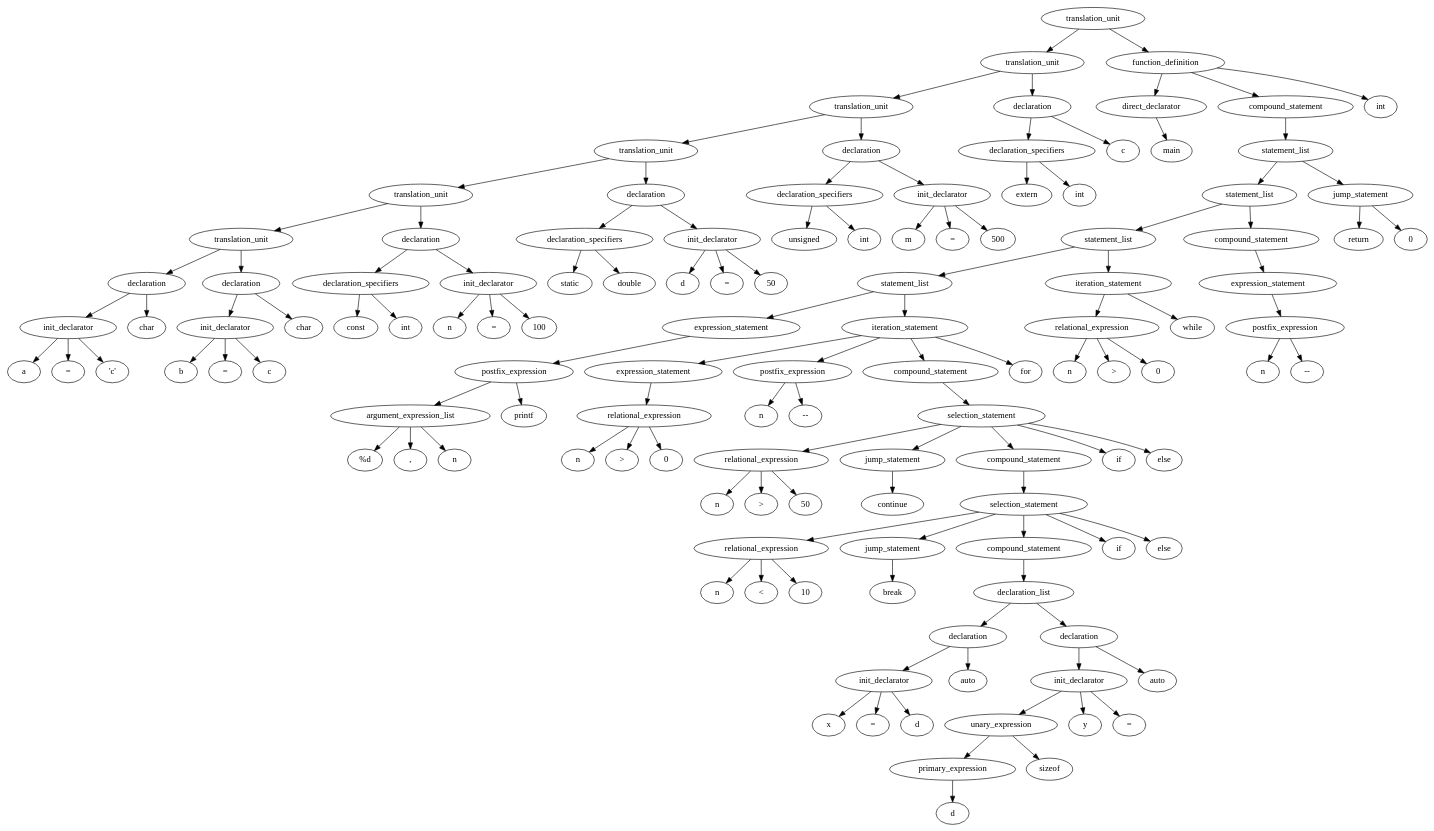
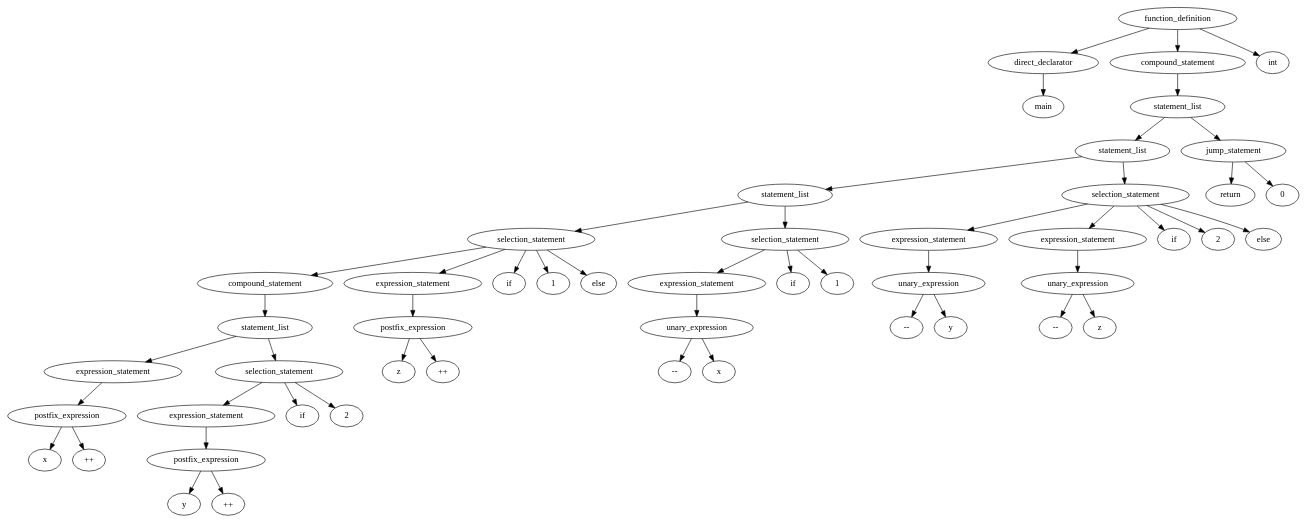
Before and after one commit to govarun/compiler-project: the diagram in src/graph1.dot, drawn with Graphviz. The commit also changed 1 other file, not shown here.

```diff
--- a/src/graph1.dot
+++ b/src/graph1.dot
@@ -1,249 +1,103 @@
 digraph ethane {
-1[label="init_declarator"]
-2[label="a"]
+1[label="direct_declarator"]
+2[label="main"]
 1 -> 2
-3[label="="]
-1 -> 3
-4[label="'c'"]
-1 -> 4
-5[label="declaration"]
-6[label="char"]
-5 -> 6
-5 -> 1
-7[label="init_declarator"]
-8[label="b"]
+3[label="postfix_expression"]
+4[label="x"]
+3 -> 4
+5[label="++"]
+3 -> 5
+6[label="expression_statement"]
+6 -> 3
+7[label="postfix_expression"]
+8[label="y"]
 7 -> 8
-9[label="="]
+9[label="++"]
 7 -> 9
-10[label="c"]
-7 -> 10
-11[label="declaration"]
-12[label="char"]
+10[label="expression_statement"]
+10 -> 7
+11[label="selection_statement"]
+12[label="if"]
 11 -> 12
-11 -> 7
-13[label="translation_unit"]
-13 -> 5
-13 -> 11
-14[label="declaration_specifiers"]
-15[label="const"]
-14 -> 15
-16[label="int"]
-14 -> 16
-17[label="init_declarator"]
-18[label="n"]
-17 -> 18
-19[label="="]
-17 -> 19
-20[label="100"]
-17 -> 20
-21[label="declaration"]
-21 -> 14
-21 -> 17
-22[label="translation_unit"]
-22 -> 13
-22 -> 21
-23[label="declaration_specifiers"]
-24[label="static"]
-23 -> 24
-25[label="double"]
-23 -> 25
-26[label="init_declarator"]
-27[label="d"]
-26 -> 27
-28[label="="]
-26 -> 28
-29[label="50"]
-26 -> 29
-30[label="declaration"]
-30 -> 23
-30 -> 26
-31[label="translation_unit"]
-31 -> 22
-31 -> 30
-32[label="declaration_specifiers"]
-33[label="unsigned"]
+13[label="2"]
+11 -> 13
+11 -> 10
+14[label="statement_list"]
+14 -> 6
+14 -> 11
+15[label="compound_statement"]
+15 -> 14
+16[label="postfix_expression"]
+17[label="z"]
+16 -> 17
+18[label="++"]
+16 -> 18
+19[label="expression_statement"]
+19 -> 16
+20[label="selection_statement"]
+21[label="if"]
+20 -> 21
+22[label="1"]
+20 -> 22
+20 -> 15
+23[label="else"]
+20 -> 23
+20 -> 19
+24[label="unary_expression"]
+25[label="--"]
+24 -> 25
+26[label="x"]
+24 -> 26
+27[label="expression_statement"]
+27 -> 24
+28[label="selection_statement"]
+29[label="if"]
+28 -> 29
+30[label="1"]
+28 -> 30
+28 -> 27
+31[label="statement_list"]
+31 -> 20
+31 -> 28
+32[label="unary_expression"]
+33[label="--"]
 32 -> 33
-34[label="int"]
+34[label="y"]
 32 -> 34
-35[label="init_declarator"]
-36[label="m"]
-35 -> 36
-37[label="="]
-35 -> 37
-38[label="500"]
-35 -> 38
-39[label="declaration"]
-39 -> 32
-39 -> 35
-40[label="translation_unit"]
-40 -> 31
+35[label="expression_statement"]
+35 -> 32
+36[label="unary_expression"]
+37[label="--"]
+36 -> 37
+38[label="z"]
+36 -> 38
+39[label="expression_statement"]
+39 -> 36
+40[label="selection_statement"]
+41[label="if"]
+40 -> 41
+42[label="2"]
+40 -> 42
+40 -> 35
+43[label="else"]
+40 -> 43
 40 -> 39
-41[label="declaration_specifiers"]
-42[label="extern"]
-41 -> 42
-43[label="int"]
-41 -> 43
-44[label="declaration"]
-44 -> 41
-45[label="c"]
-44 -> 45
-46[label="translation_unit"]
-46 -> 40
-46 -> 44
-47[label="direct_declarator"]
-48[label="main"]
-47 -> 48
-49[label="argument_expression_list"]
-50[label="%d \n"]
-49 -> 50
-51[label=","]
-49 -> 51
-52[label="n"]
-49 -> 52
-53[label="postfix_expression"]
-54[label="printf"]
-53 -> 54
-53 -> 49
-55[label="expression_statement"]
-55 -> 53
-56[label="relational_expression"]
-57[label="n"]
-56 -> 57
-58[label=">"]
-56 -> 58
-59[label="0"]
-56 -> 59
-60[label="expression_statement"]
-60 -> 56
-61[label="postfix_expression"]
-62[label="n"]
-61 -> 62
-63[label="--"]
-61 -> 63
-64[label="relational_expression"]
-65[label="n"]
-64 -> 65
-66[label=">"]
-64 -> 66
-67[label="50"]
-64 -> 67
-68[label="jump_statement"]
-69[label="continue"]
-68 -> 69
-70[label="relational_expression"]
-71[label="n"]
-70 -> 71
-72[label="<"]
-70 -> 72
-73[label="10"]
-70 -> 73
-74[label="jump_statement"]
-75[label="break"]
-74 -> 75
-76[label="init_declarator"]
-77[label="x"]
-76 -> 77
-78[label="="]
-76 -> 78
-79[label="d"]
-76 -> 79
-80[label="declaration"]
-81[label="auto"]
-80 -> 81
-80 -> 76
-82[label="primary_expression"]
-83[label="d"]
-82 -> 83
-84[label="unary_expression"]
-85[label="sizeof"]
-84 -> 85
-84 -> 82
-86[label="init_declarator"]
-87[label="y"]
-86 -> 87
-88[label="="]
-86 -> 88
-86 -> 84
-89[label="declaration"]
-90[label="auto"]
-89 -> 90
-89 -> 86
-91[label="declaration_list"]
-91 -> 80
-91 -> 89
-92[label="compound_statement"]
-92 -> 91
-93[label="selection_statement"]
-94[label="if"]
-93 -> 94
-93 -> 70
-93 -> 74
-95[label="else"]
-93 -> 95
-93 -> 92
-96[label="compound_statement"]
-96 -> 93
-97[label="selection_statement"]
-98[label="if"]
-97 -> 98
-97 -> 64
-97 -> 68
-99[label="else"]
-97 -> 99
-97 -> 96
-100[label="compound_statement"]
-100 -> 97
-101[label="iteration_statement"]
-102[label="for"]
-101 -> 102
-101 -> 60
-101 -> 61
-101 -> 100
-103[label="statement_list"]
-103 -> 55
-103 -> 101
-104[label="relational_expression"]
-105[label="n"]
-104 -> 105
-106[label=">"]
-104 -> 106
-107[label="0"]
-104 -> 107
-108[label="iteration_statement"]
-109[label="while"]
-108 -> 109
-108 -> 104
-110[label="statement_list"]
-110 -> 103
-110 -> 108
-111[label="postfix_expression"]
-112[label="n"]
-111 -> 112
-113[label="--"]
-111 -> 113
-114[label="expression_statement"]
-114 -> 111
-115[label="compound_statement"]
-115 -> 114
-116[label="statement_list"]
-116 -> 110
-116 -> 115
-117[label="jump_statement"]
-118[label="return"]
-117 -> 118
-119[label="0"]
-117 -> 119
-120[label="statement_list"]
-120 -> 116
-120 -> 117
-121[label="compound_statement"]
-121 -> 120
-122[label="function_definition"]
-123[label="int"]
-122 -> 123
-122 -> 47
-122 -> 121
-124[label="translation_unit"]
-124 -> 46
-124 -> 122
+44[label="statement_list"]
+44 -> 31
+44 -> 40
+45[label="jump_statement"]
+46[label="return"]
+45 -> 46
+47[label="0"]
+45 -> 47
+48[label="statement_list"]
+48 -> 44
+48 -> 45
+49[label="compound_statement"]
+49 -> 48
+50[label="function_definition"]
+51[label="int"]
+50 -> 51
+50 -> 1
+50 -> 49
 }
```
